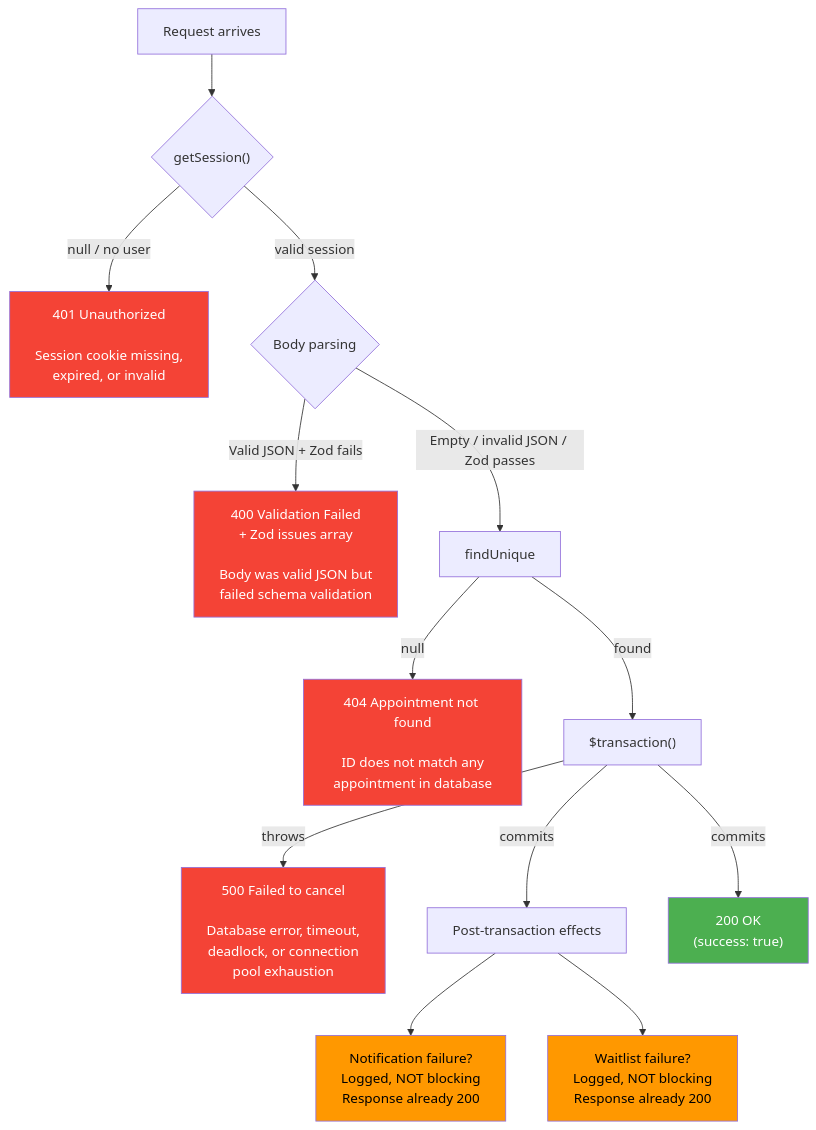
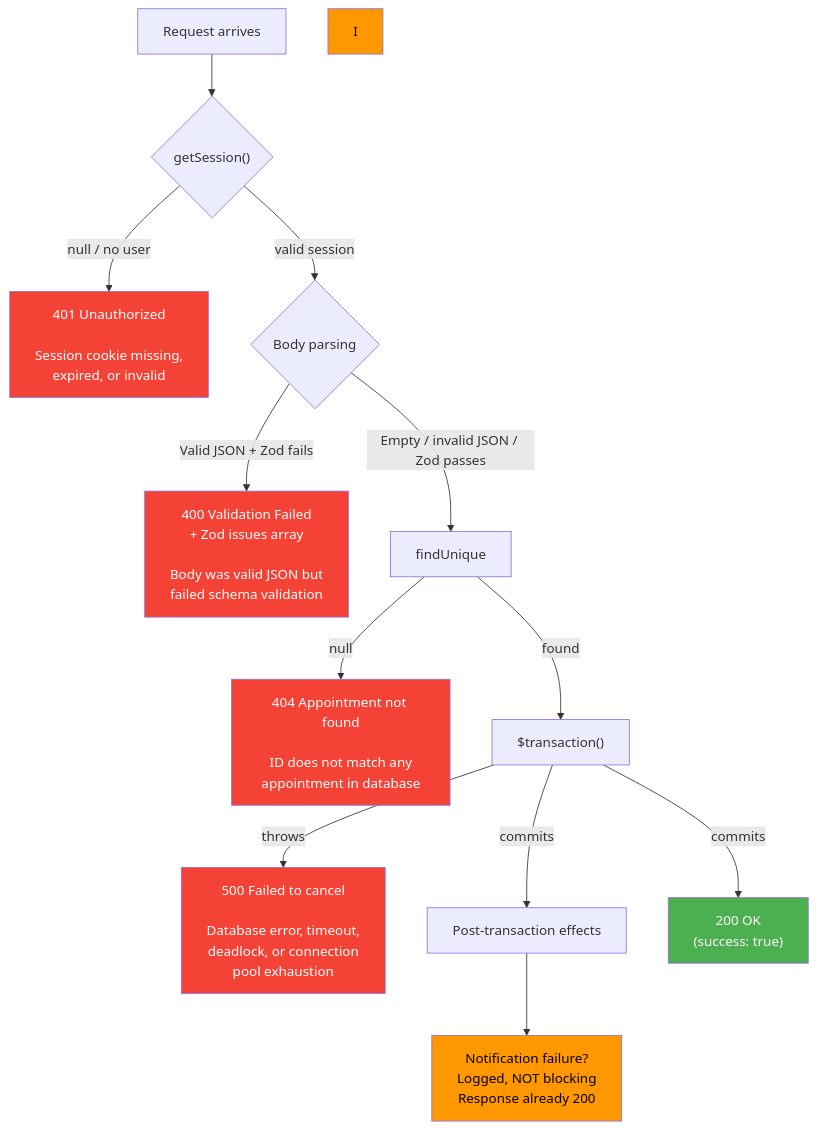
Diagram 11 of 14 in docs/booking/08-cancellation-flow.md (Practitionist/familiarise_web), drawn with Mermaid before and after one commit. The commit also changed other lines of this file and 181 other files, not shown here.

````diff
--- a/docs/booking/08-cancellation-flow.md
+++ b/docs/booking/08-cancellation-flow.md
@@ -983,28 +916,27 @@
 ```mermaid
 flowchart TD
     A[Request arrives] --> B{"getSession()"}
     B -->|null / no user| E1["401 Unauthorized\n\nSession cookie missing,\nexpired, or invalid"]
     B -->|valid session| C{"Body parsing"}
 
     C -->|Valid JSON + Zod fails| E2["400 Validation Failed\n+ Zod issues array\n\nBody was valid JSON but\nfailed schema validation"]
     C -->|Empty / invalid JSON / Zod passes| D[findUnique]
 
     D -->|null| E3["404 Appointment not found\n\nID does not match any\nappointment in database"]
     D -->|found| F["$transaction()"]
 
     F -->|throws| E4["500 Failed to cancel\n\nDatabase error, timeout,\ndeadlock, or connection\npool exhaustion"]
     F -->|commits| G[Post-transaction effects]
 
     G --> H["Notification failure?\nLogged, NOT blocking\nResponse already 200"]
-    G --> I["Waitlist failure?\nLogged, NOT blocking\nResponse already 200"]
 
     F -->|commits| J["200 OK\n(success: true)"]
 
     style E1 fill:#f44336,color:#fff
     style E2 fill:#f44336,color:#fff
     style E3 fill:#f44336,color:#fff
     style E4 fill:#f44336,color:#fff
     style J fill:#4caf50,color:#fff
     style H fill:#ff9800,color:#000
     style I fill:#ff9800,color:#000
 ```
````
